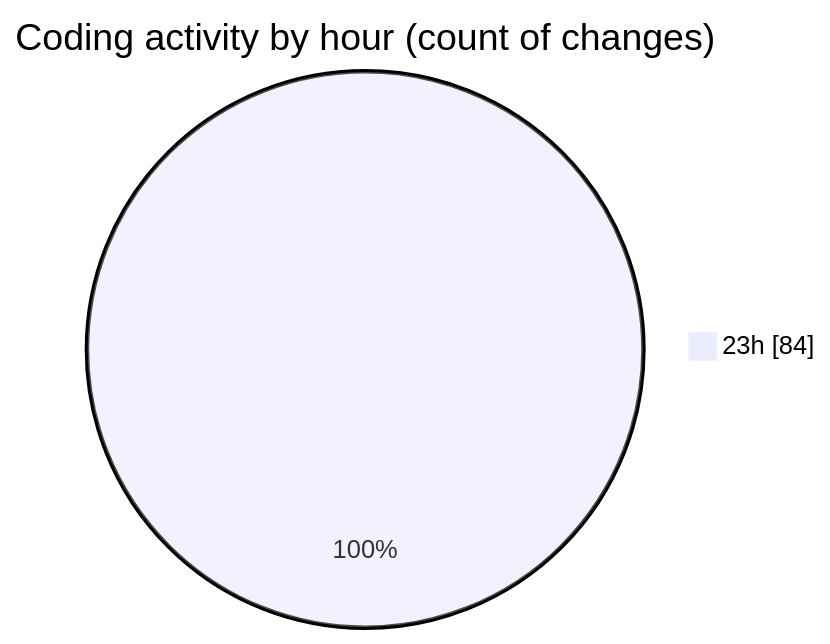
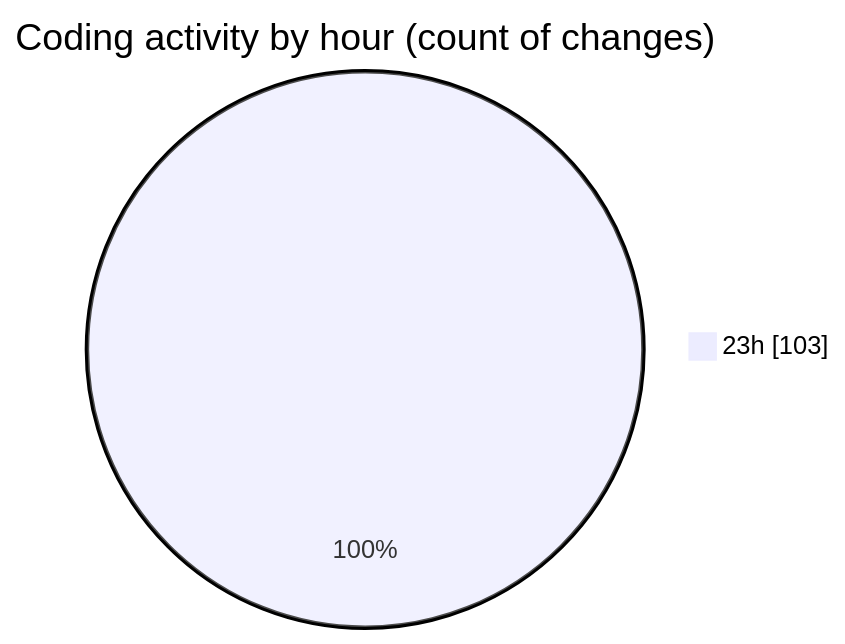
One commit to Ritupan-Deka/code-tracking changed the second of 2 diagrams in 2025-07-21/javascript/README.md. Above: the diagram before and after it, drawn with Mermaid. The commit also changed other lines of this file and 1 other file, not shown here.

````diff
--- a/2025-07-21/javascript/README.md
+++ b/2025-07-21/javascript/README.md
@@ -30,5 +30,5 @@
 ```mermaid
 pie showData
 title Coding activity by hour (count of changes)
-"23h" : 84
+"23h" : 103
 ```
````
